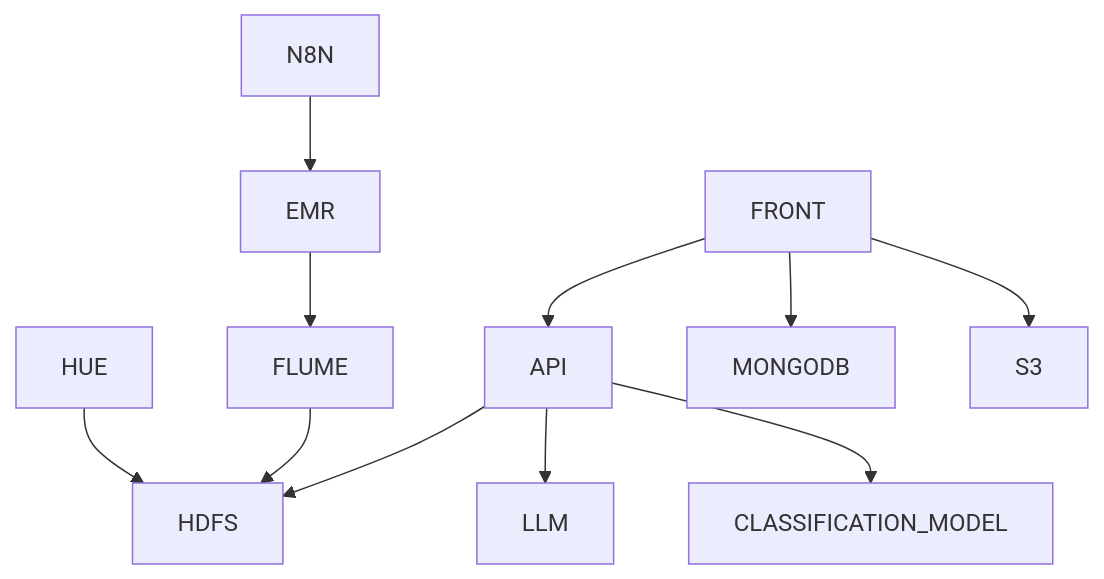
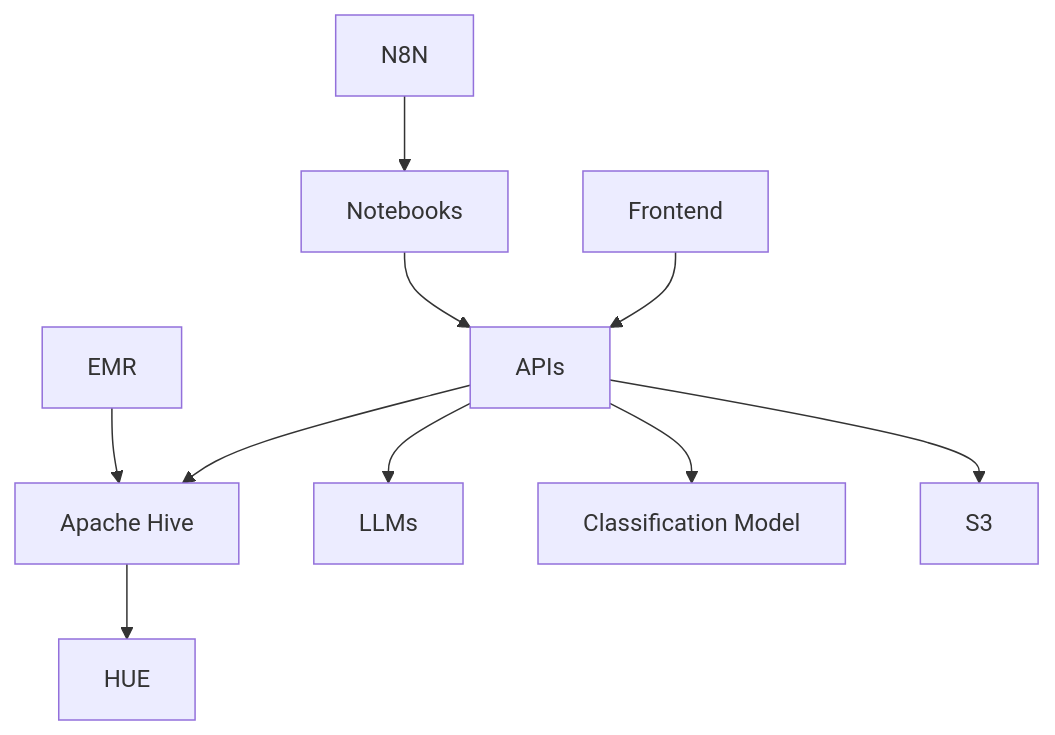
One commit to Gaia-IZV/Gaia changed the diagram in README.md. Above: the diagram before and after it, drawn with Mermaid. The commit also changed other lines of this file and 7 other files, not shown here.

````diff
--- a/README.md
+++ b/README.md
@@ -11,16 +11,16 @@
 ```mermaid
 graph TD;
 
-    N8N --> EMR
-    EMR --> FLUME
-    HUE --> HDFS
-    FLUME --> HDFS
+    EMR --> HIVE["Apache Hive"]
+    HIVE --> HUE
 
-    API --> HDFS
-    API --> LLM
-    API --> CLASSIFICATION_MODEL
+    N8N --> NOTEBOOKS["Notebooks"]
+    NOTEBOOKS --> APIS["APIs"]
 
-    FRONT --> API
-    FRONT --> MONGODB
-    FRONT --> S3
+    APIS --> HIVE
+    APIS --> LLMS["LLMs"]
+    APIS --> CLASSIFICATION_MODEL["Classification Model"]
+    APIS --> S3
+
+    FRONTEND["Frontend"] --> APIS
 ```
````
